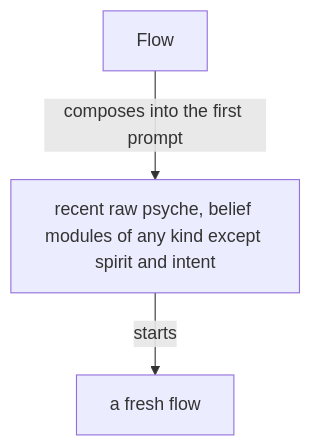
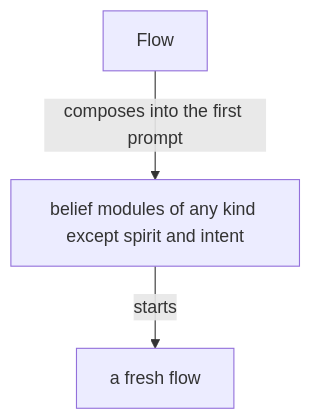
The second of 2 diagrams in vision/flow-nexus.md (LiGoldragon/psyche-belief), drawn with Mermaid before and after one commit. The commit also changed other lines of this file and 8 other files, not shown here.

````diff
--- a/vision/flow-nexus.md
+++ b/vision/flow-nexus.md
@@ -92,5 +92,5 @@
 ```mermaid
 flowchart TB
-    a["Flow"] -- "composes into the first prompt" --> b["recent raw psyche, belief modules of any kind except spirit and intent"]
+    a["Flow"] -- "composes into the first prompt" --> b["belief modules of any kind except spirit and intent"]
     b -- "starts" --> c["a fresh flow"]
 ```
````
